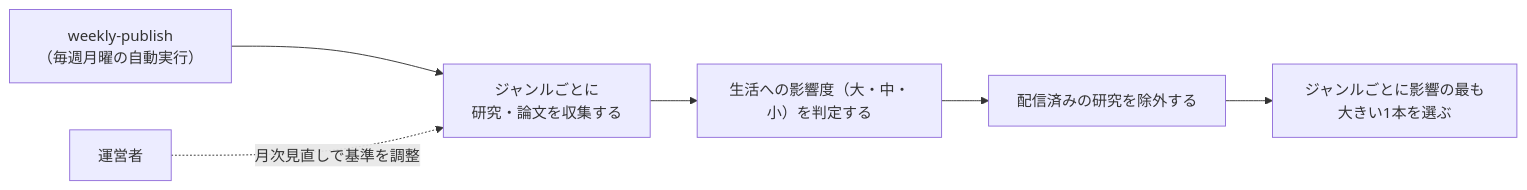
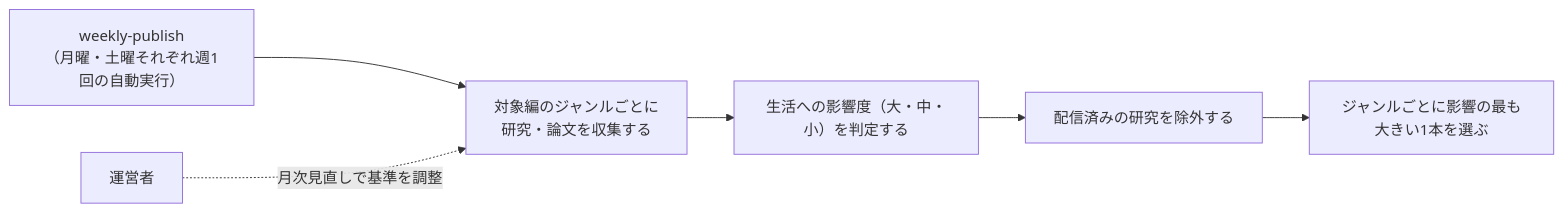
The diagram in specs/research-digest/content-selection/requirements.md (zakiyama0108/benriyatool), drawn with Mermaid before and after one commit. The commit also changed other lines of this file and 37 other files, not shown here.

````diff
--- a/specs/research-digest/content-selection/requirements.md
+++ b/specs/research-digest/content-selection/requirements.md
@@ -17,15 +20,15 @@
 ```mermaid
 flowchart LR
     operator["運営者"]
-    weeklyPublish["weekly-publish<br>（毎週月曜の自動実行）"]
-    collect["ジャンルごとに<br>研究・論文を収集する"]
+    weeklyPublish["weekly-publish<br>（月曜・土曜それぞれ週1回の自動実行）"]
+    collect["対象編のジャンルごとに<br>研究・論文を収集する"]
     rateImpact["生活への影響度（大・中・小）を判定する"]
     excludeDup["配信済みの研究を除外する"]
     pickTop["ジャンルごとに影響の最も大きい1本を選ぶ"]
 
     weeklyPublish --> collect
     collect --> rateImpact
     rateImpact --> excludeDup
     excludeDup --> pickTop
     operator -.->|月次見直しで基準を調整| collect
 ```
````
